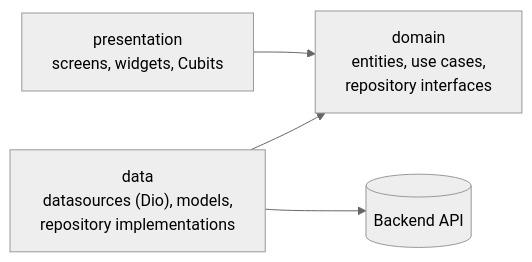
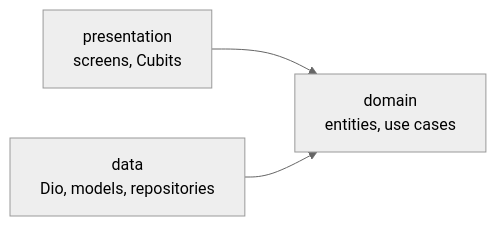
Before and after one commit to israalubbad/daway-app: the first of 2 diagrams in README.md, drawn with Mermaid (neutral theme). The commit also changed other lines of this file and 1 other file, not shown here.

````diff
--- a/README.md
+++ b/README.md
@@ -173,6 +50,5 @@
 ```mermaid
 flowchart LR
-    P["presentation<br/>screens, widgets, Cubits"] --> D["domain<br/>entities, use cases,<br/>repository interfaces"]
-    DA["data<br/>datasources (Dio), models,<br/>repository implementations"] --> D
-    DA --> API[(Backend API)]
+    P["presentation<br/>screens, Cubits"] --> D["domain<br/>entities, use cases"]
+    DA["data<br/>Dio, models, repositories"] --> D
 ```
````
